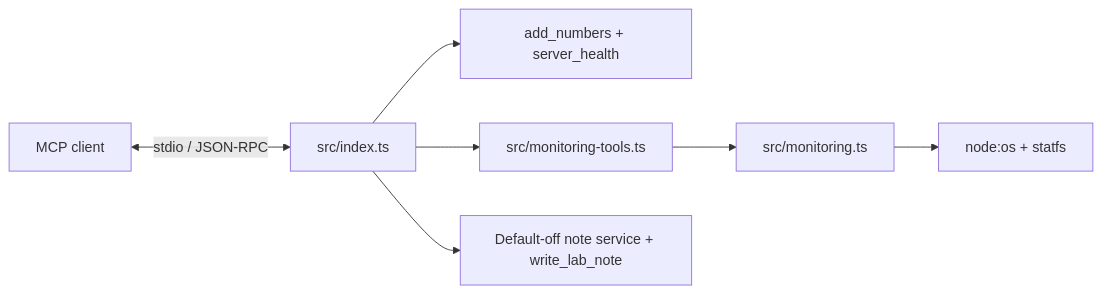
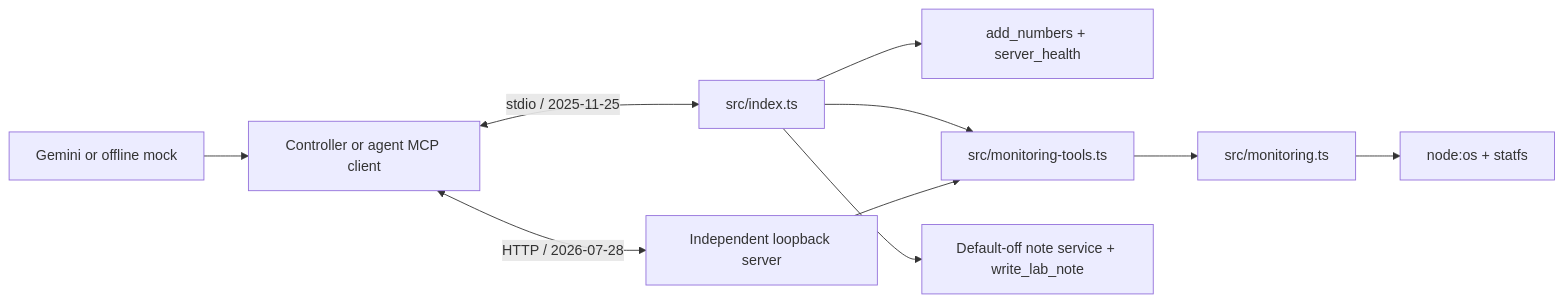
One commit to palmarm/mcp-summit-labs changed the diagram in docs/README.md. Above: the diagram before and after it, drawn with Mermaid. The commit also changed other lines of this file and 20 other files, not shown here.

Commit message:
feat: add Streamable HTTP MCP and document Lab 4

````diff
--- a/docs/README.md
+++ b/docs/README.md
@@ -41,9 +48,12 @@
 ```mermaid
 flowchart LR
-    Client["MCP client"] <-->|"stdio / JSON-RPC"| Entry["src/index.ts"]
+    Agent["Gemini or offline mock"] --> Client["Controller or agent MCP client"]
+    Client <-->|"stdio / 2025-11-25"| Entry["src/index.ts"]
+    Client <-->|"HTTP / 2026-07-28"| HTTP["Independent loopback server"]
     Entry --> Lab1["add_numbers + server_health"]
     Entry --> Registration["src/monitoring-tools.ts"]
+    HTTP --> Registration
     Registration --> Collectors["src/monitoring.ts"]
     Collectors --> OS["node:os + statfs"]
     Entry --> Notes["Default-off note service + write_lab_note"]
 ```
````
